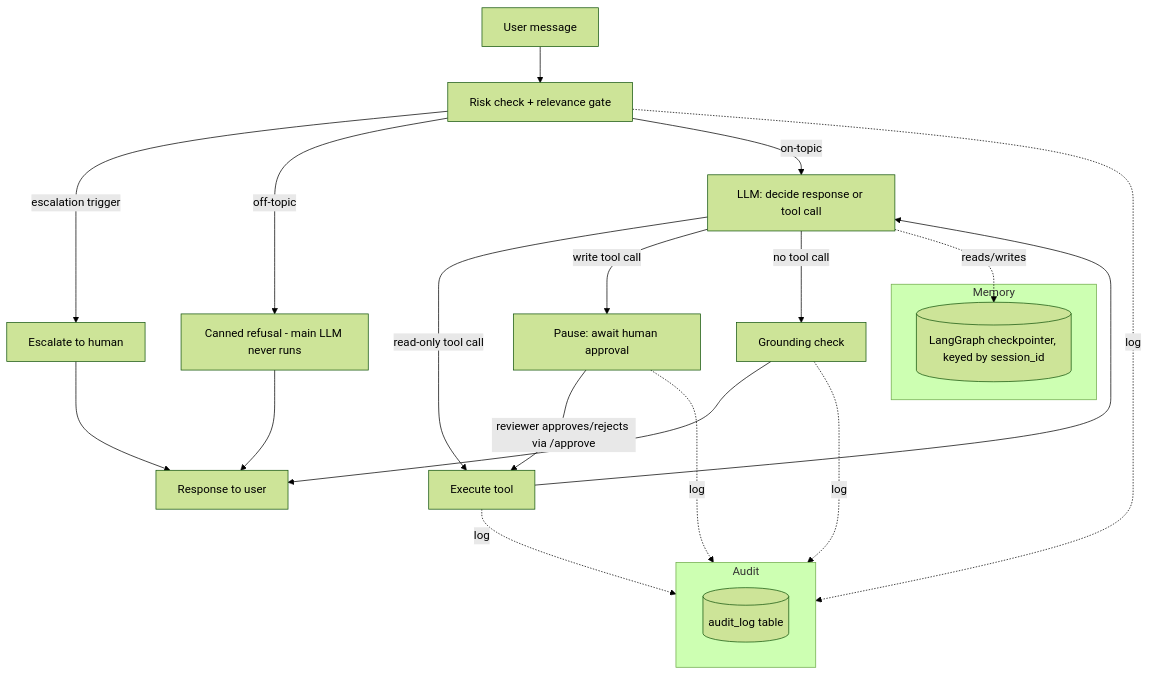
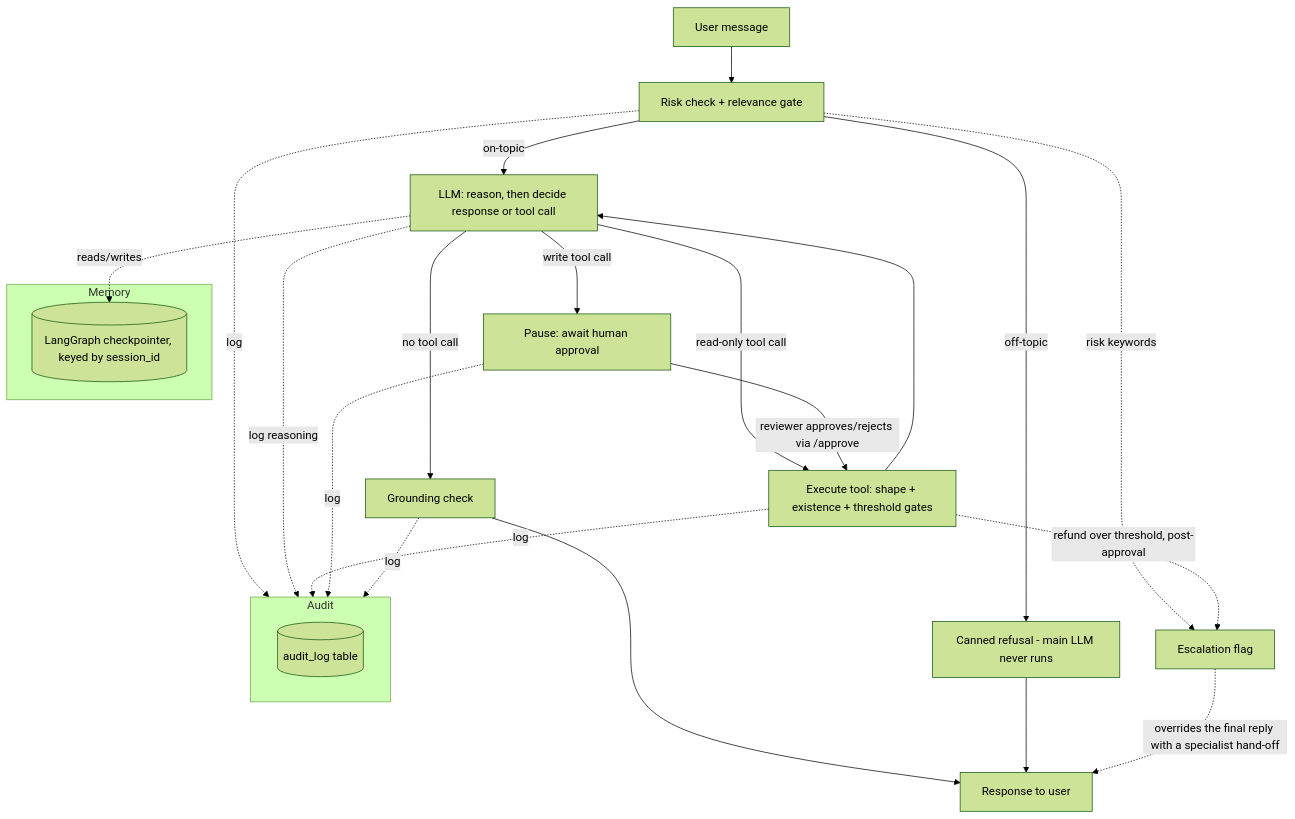
One commit to Obi-Uno/langgraph-support-agent changed the diagram in README.md. Above: the diagram before and after it, drawn with Mermaid (forest theme). The commit also changed other lines of this file, not shown here.

First line of the commit message:
docs: correct the architecture diagram and test count

````diff
--- a/README.md
+++ b/README.md
@@ -45,29 +45,32 @@
 ```mermaid
 flowchart TD
     U[User message] --> R[Risk check + relevance gate]
-    R -->|escalation trigger| ESC[Escalate to human]
     R -->|off-topic| OT[Canned refusal - main LLM never runs]
-    R -->|on-topic| M[LLM: decide response or tool call]
-    M -->|read-only tool call| T[Execute tool]
+    R -->|on-topic| M[LLM: reason, then decide response or tool call]
+    M -->|read-only tool call| T[Execute tool: shape + existence + threshold gates]
     M -->|write tool call| WAIT[Pause: await human approval]
     M -->|no tool call| GC[Grounding check]
     WAIT -->|reviewer approves/rejects via /approve| T
     T --> M
     GC --> OUT[Response to user]
-    ESC --> OUT
     OT --> OUT
+
+    R -.->|risk keywords| ESC
+    T -.->|refund over threshold, post-approval| ESC
+    ESC[Escalation flag] -.->|overrides the final reply with a specialist hand-off| OUT
 
     subgraph Memory
       CP[(LangGraph checkpointer, keyed by session_id)]
     end
     M -.reads/writes.-> CP
 
     subgraph Audit
       direction LR
       AL[(audit_log table)]
     end
     R -.log.-> AL
+    M -.log reasoning.-> AL
     T -.log.-> AL
     WAIT -.log.-> AL
     GC -.log.-> AL
 ```
````
